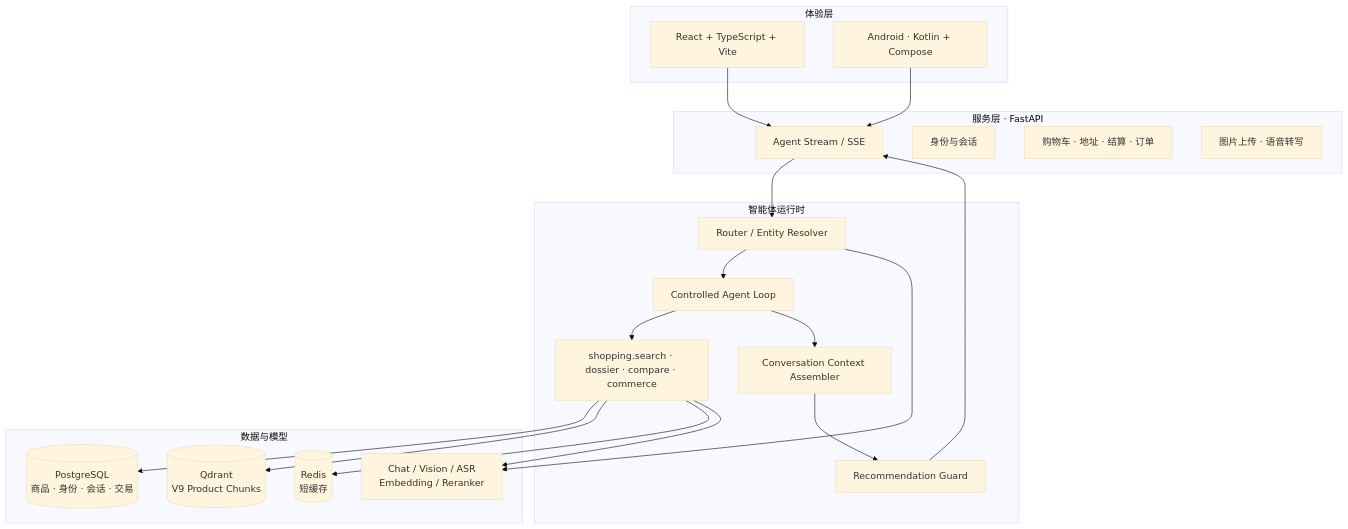
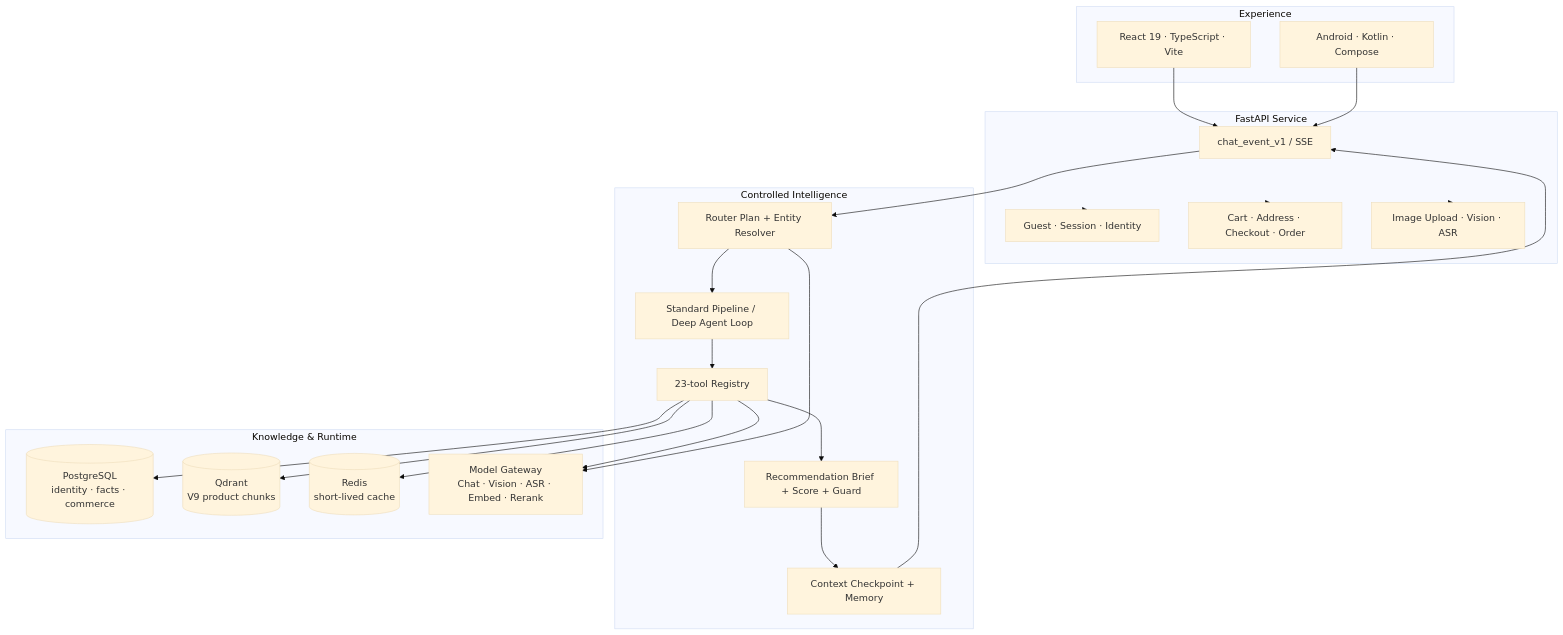
Before and after one commit to TheodoreYang6/OmniCart-Agent: the second of 2 diagrams in README.md, drawn with Mermaid (base theme). The commit also changed other lines of this file and 3 other files, not shown here.

````diff
--- a/README.md
+++ b/README.md
@@ -190,39 +168,38 @@
 ```mermaid
 flowchart TB
-    subgraph Clients[体验层]
-      WEB[React + TypeScript + Vite]
-      ANDROID[Android · Kotlin + Compose]
+    subgraph UX[Experience]
+      WEB[React 19 · TypeScript · Vite]
+      APP[Android · Kotlin · Compose]
     end
 
-    subgraph API[服务层 · FastAPI]
-      SSE[Agent Stream / SSE]
-      AUTH[身份与会话]
-      COMMERCE[购物车 · 地址 · 结算 · 订单]
-      MEDIA[图片上传 · 语音转写]
+    subgraph EDGE[FastAPI Service]
+      SSE[chat_event_v1 / SSE]
+      IAM[Guest · Session · Identity]
+      COMMERCE[Cart · Address · Checkout · Order]
+      MEDIA[Image Upload · Vision · ASR]
     end
 
-    subgraph Agent[智能体运行时]
-      ROUTER[Router / Entity Resolver]
-      LOOP[Controlled Agent Loop]
-      TOOLS[shopping.search · dossier · compare · commerce]
-      CONTEXT[Conversation Context Assembler]
-      GUARD[Recommendation Guard]
+    subgraph INTELLIGENCE[Controlled Intelligence]
+      ROUTER[Router Plan + Entity Resolver]
+      LOOP[Standard Pipeline / Deep Agent Loop]
+      TOOL[23-tool Registry]
+      BRIEF[Recommendation Brief + Score + Guard]
+      CTX[Context Checkpoint + Memory]
     end
 
-    subgraph Data[数据与模型]
-      PG[(PostgreSQL\n商品 · 身份 · 会话 · 交易)]
-      QD[(Qdrant\nV9 Product Chunks)]
-      REDIS[(Redis\n短缓存)]
-      MODELS[Chat / Vision / ASR\nEmbedding / Reranker]
+    subgraph KNOWLEDGE[Knowledge & Runtime]
+      PG[(PostgreSQL\nidentity · facts · commerce)]
+      QD[(Qdrant\nV9 product chunks)]
+      RD[(Redis\nshort-lived cache)]
+      MG[Model Gateway\nChat · Vision · ASR · Embed · Rerank]
     end
 
-    WEB --> SSE
-    ANDROID --> SSE
-    SSE --> ROUTER --> LOOP --> TOOLS
-    LOOP --> CONTEXT --> GUARD --> SSE
-    TOOLS --> PG
-    TOOLS --> QD
-    TOOLS --> REDIS
-    ROUTER --> MODELS
-    TOOLS --> MODELS
+    WEB & APP --> SSE
+    SSE --> ROUTER --> LOOP
+    LOOP --> TOOL --> BRIEF --> CTX --> SSE
+    EDGE --> IAM
+    EDGE --> COMMERCE
+    EDGE --> MEDIA
+    TOOL --> PG & QD & RD & MG
+    ROUTER --> MG
 ```
````
